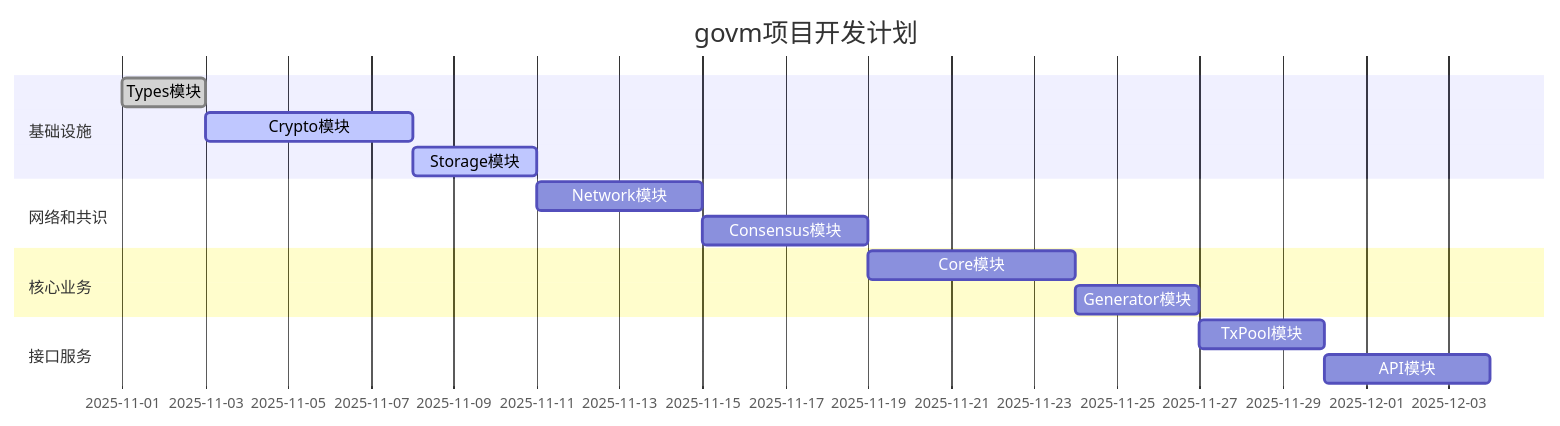
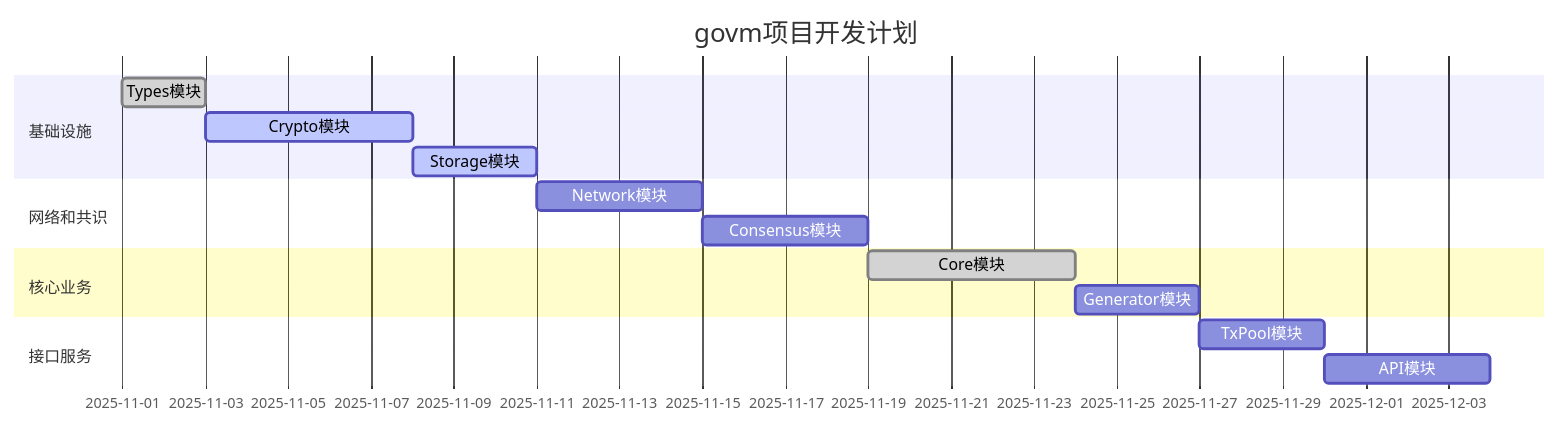
One commit to lengzhao/govm changed the diagram in docs/development_plan.md. Above: the diagram before and after it, drawn with Mermaid. The commit also changed other lines of this file and 25 other files, not shown here.

````diff
--- a/docs/development_plan.md
+++ b/docs/development_plan.md
@@ -81,18 +82,18 @@
 ```mermaid
 gantt
     title govm项目开发计划
     dateFormat  YYYY-MM-DD
     section 基础设施
     Types模块           :done, des1, 2025-11-01, 2d
     Crypto模块          :active, des2, 2025-11-03, 5d
     Storage模块         :active, des3, 2025-11-08, 3d
     section 网络和共识
     Network模块         :des4, 2025-11-11, 4d
     Consensus模块       :des5, 2025-11-15, 4d
     section 核心业务
-    Core模块            :des6, 2025-11-19, 5d
+    Core模块            :done, des6, 2025-11-19, 5d
     Generator模块       :des7, 2025-11-24, 3d
     section 接口服务
     TxPool模块          :des8, 2025-11-27, 3d
     API模块             :des9, 2025-11-30, 4d
 ```
````
